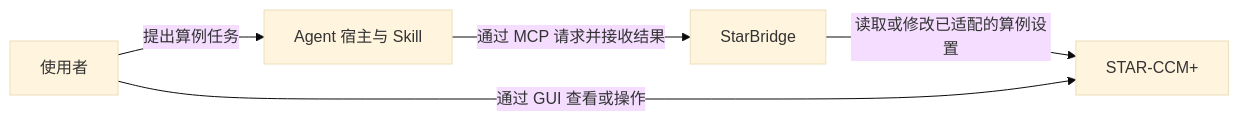
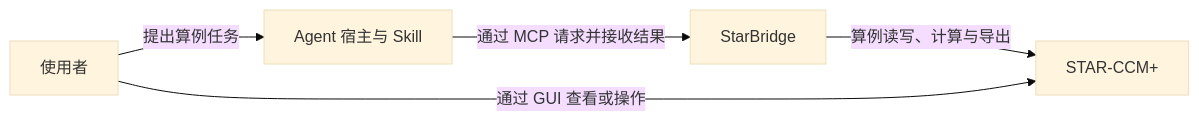
The first of 3 diagrams in docs/tech/architecture.md (Laxpud/StarBridge), drawn with Mermaid (base theme) before and after one commit. The commit also changed other lines of this file and 38 other files, not shown here.

````diff
--- a/docs/tech/architecture.md
+++ b/docs/tech/architecture.md
@@ -9,7 +9,7 @@
 ```mermaid
 flowchart LR
     user["使用者"] -->|提出算例任务| host["Agent 宿主与 Skill"]
     host -->|通过 MCP 请求并接收结果| bridge["StarBridge"]
-    bridge -->|读取或修改已适配的算例设置| star["STAR-CCM+"]
+    bridge -->|算例读写、计算与导出| star["STAR-CCM+"]
     user -->|通过 GUI 查看或操作| star
 ```
````
